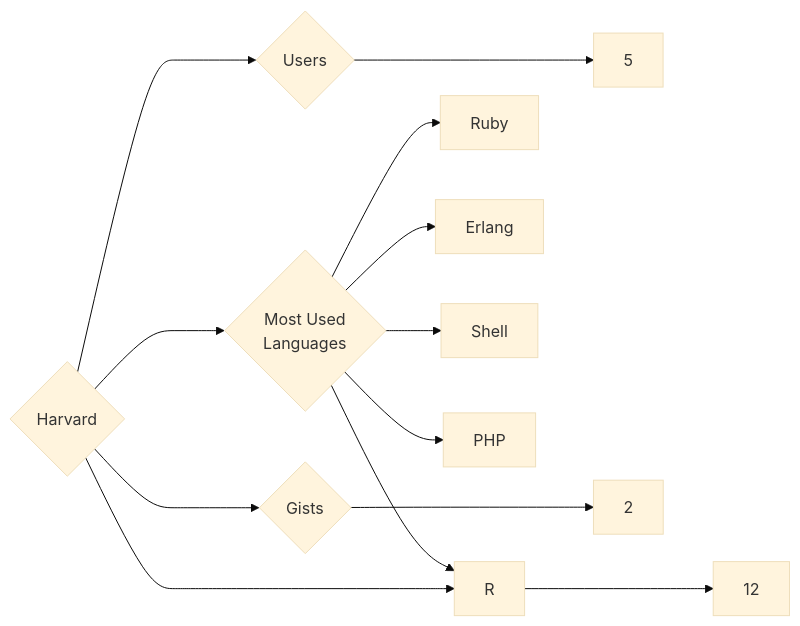
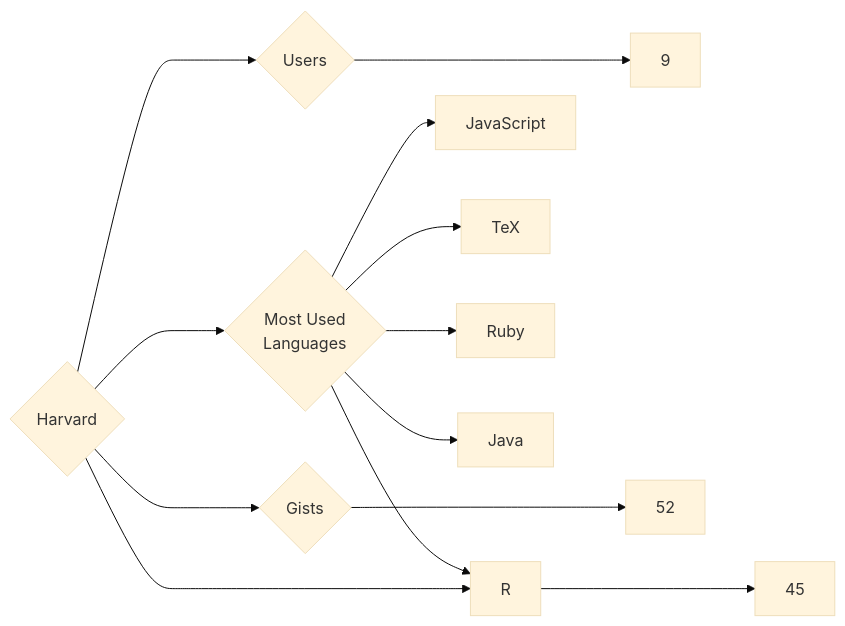
The diagram in targets/Harvard/README.md (trickest/insiders), drawn with Mermaid (base theme) before and after one commit. The commit also changed 1120 other files, not shown here.

````diff
--- a/targets/Harvard/README.md
+++ b/targets/Harvard/README.md
@@ -3,13 +3,13 @@
 ```mermaid
 graph LR
 COMPANY_NAME{Harvard}
-COMPANY_NAME ---> U{Users} ---> UN[5]
-COMPANY_NAME ---> R{Repositories} ---> RN[12]
-COMPANY_NAME ---> G{Gists} ---> GN[2]
+COMPANY_NAME ---> U{Users} ---> UN[9]
+COMPANY_NAME ---> R{Repositories} ---> RN[45]
+COMPANY_NAME ---> G{Gists} ---> GN[52]
 COMPANY_NAME ---> ML{Most Used<br>Languages}
+ML --> JavaScript[JavaScript]
+ML --> R[R]
+ML --> TeX[TeX]
 ML --> Ruby[Ruby]
-ML --> Erlang[Erlang]
-ML --> Shell[Shell]
-ML --> R[R]
-ML --> PHP[PHP]
+ML --> Java[Java]
 ```
````
